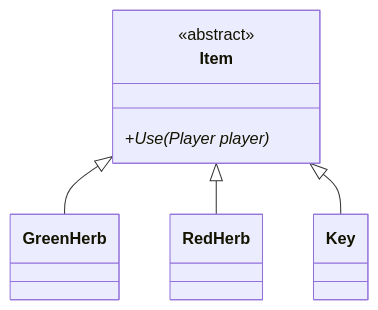
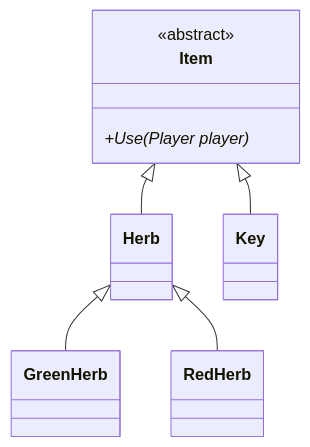
The seventh of 8 diagrams in CsharpVer/chapter-05-limits.md (fuddt/Cplus), drawn with Mermaid before and after one commit. The commit also changed 18 other files, not shown here.

````diff
--- a/CsharpVer/chapter-05-limits.md
+++ b/CsharpVer/chapter-05-limits.md
@@ -123,14 +123,16 @@
 ```mermaid
 classDiagram
     class Item {
         <<abstract>>
         +Use(Player player)*
     }
+    class Herb
     class GreenHerb
     class RedHerb
     class Key
 
-    Item <|-- GreenHerb
-    Item <|-- RedHerb
+    Item <|-- Herb
+    Herb <|-- GreenHerb
+    Herb <|-- RedHerb
     Item <|-- Key
 ```
````
